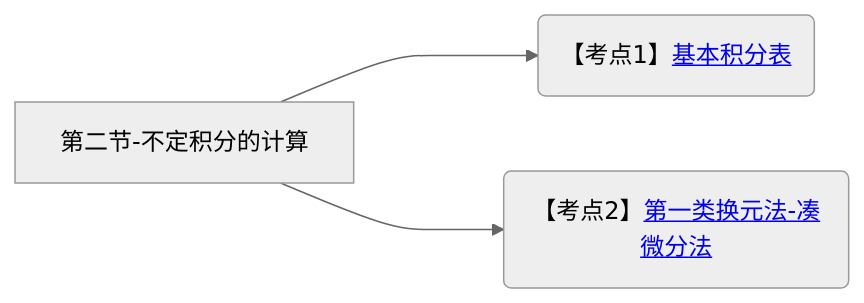
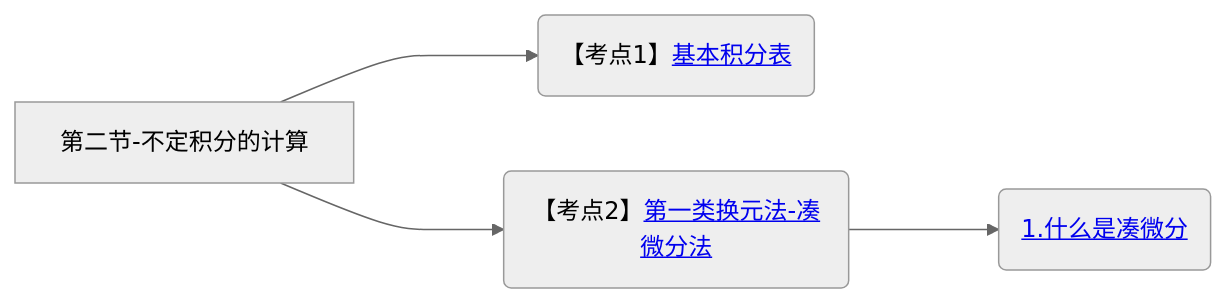
One commit to yuebinghui/note changed diagram 18 of 18 in 笔记/数学/周洋鑫/01.基础班思维导图.md. Above: the diagram before and after it, drawn with Mermaid (neutral theme). The commit also changed 13 other files, not shown here.

````diff
--- a/笔记/数学/周洋鑫/01.基础班思维导图.md
+++ b/笔记/数学/周洋鑫/01.基础班思维导图.md
@@ -625,9 +625,10 @@
 ```mermaid
 graph LR
 第二节-不定积分的计算
 
 第二节-不定积分的计算--->基本积分表(【考点1】<a href="/Users/yuebinghui/Documents/program/github/note/笔记/数学/周洋鑫/基础班/18.不定积分_1.md#基本积分表">基本积分表</>)
 
 第二节-不定积分的计算--->第一类换元法-凑微分法(【考点2】<a href="/Users/yuebinghui/Documents/program/github/note/笔记/数学/周洋鑫/基础班/18.不定积分_1.md#第一类换元法-凑微分法">第一类换元法-凑微分法</>)
+第一类换元法-凑微分法--->1.什么是凑微分(<a href="/Users/yuebinghui/Documents/program/github/note/笔记/数学/周洋鑫/基础班/18.不定积分_1.md#1.什么是凑微分">1.什么是凑微分</>)
 
 ```
````
